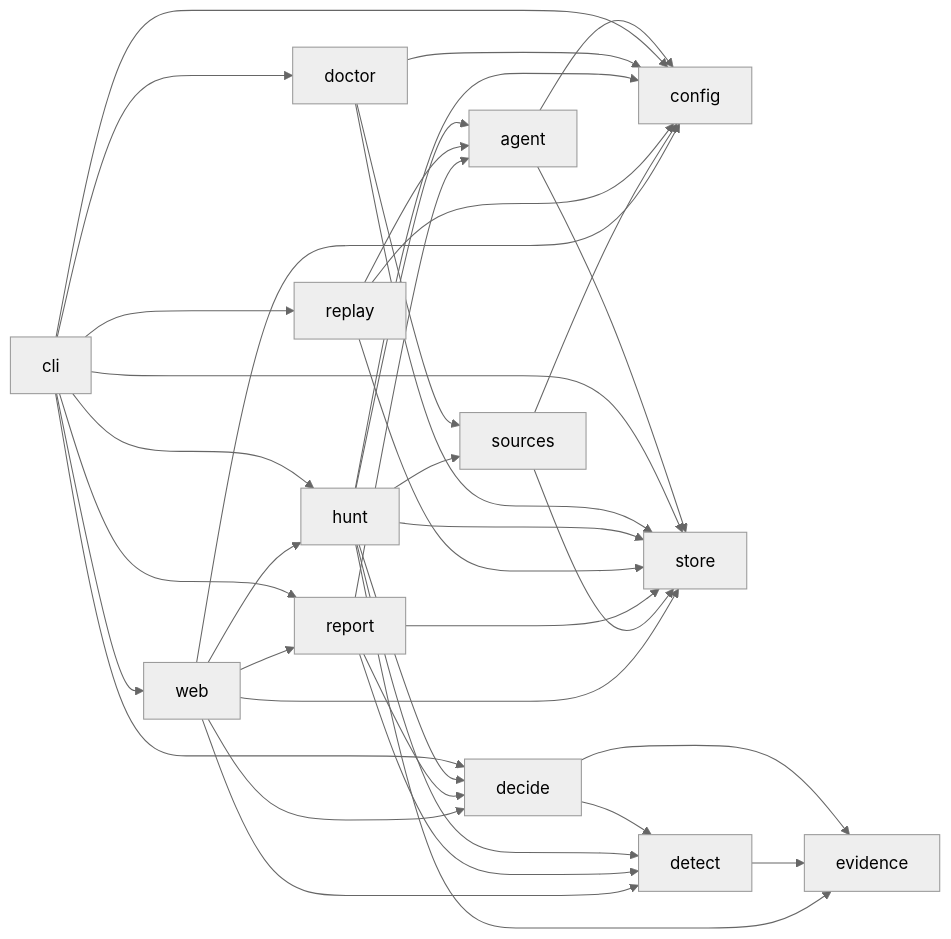
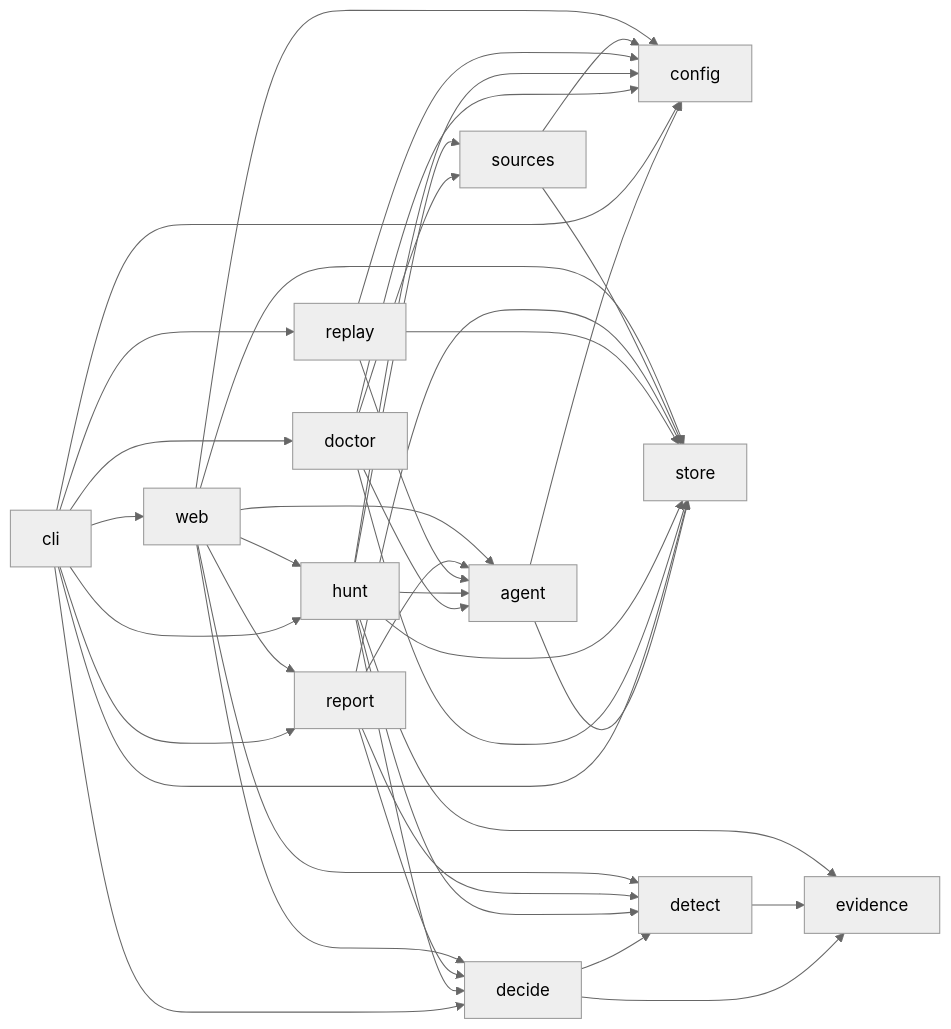
The diagram in docs/architecture/MODULE_MAP.md (nickthabib-cloud/ROMULUS), drawn with Mermaid (neutral theme) before and after one commit. The commit also changed other lines of this file and 22 other files, not shown here.

First line of the commit message:
feat(agent): model-provider port with OpenAI-compatible and Ollama adapters, egress rules, budgets and doctor check

````diff
--- a/docs/architecture/MODULE_MAP.md
+++ b/docs/architecture/MODULE_MAP.md
@@ -86,41 +93,43 @@
 ```mermaid
 graph LR
   agent --> config
   agent --> store
   cli --> config
   cli --> decide
   cli --> doctor
   cli --> hunt
   cli --> replay
   cli --> report
   cli --> store
   cli --> web
   decide --> detect
   decide --> evidence
   detect --> evidence
+  doctor --> agent
   doctor --> config
   doctor --> sources
   doctor --> store
   hunt --> agent
   hunt --> config
   hunt --> decide
   hunt --> detect
   hunt --> evidence
   hunt --> sources
   hunt --> store
   replay --> agent
   replay --> config
   replay --> store
   report --> agent
   report --> decide
   report --> detect
   report --> store
   sources --> config
   sources --> store
+  web --> agent
   web --> config
   web --> decide
   web --> detect
   web --> hunt
   web --> report
   web --> store
 ```
````
